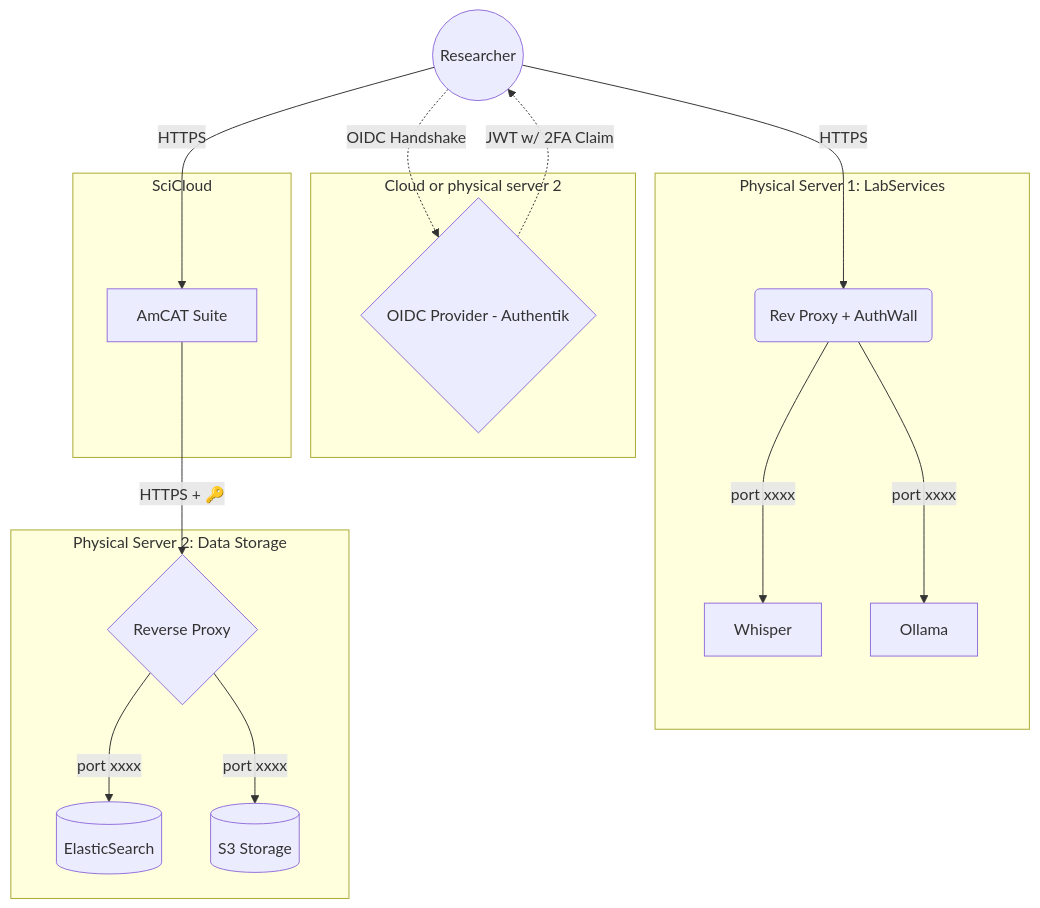
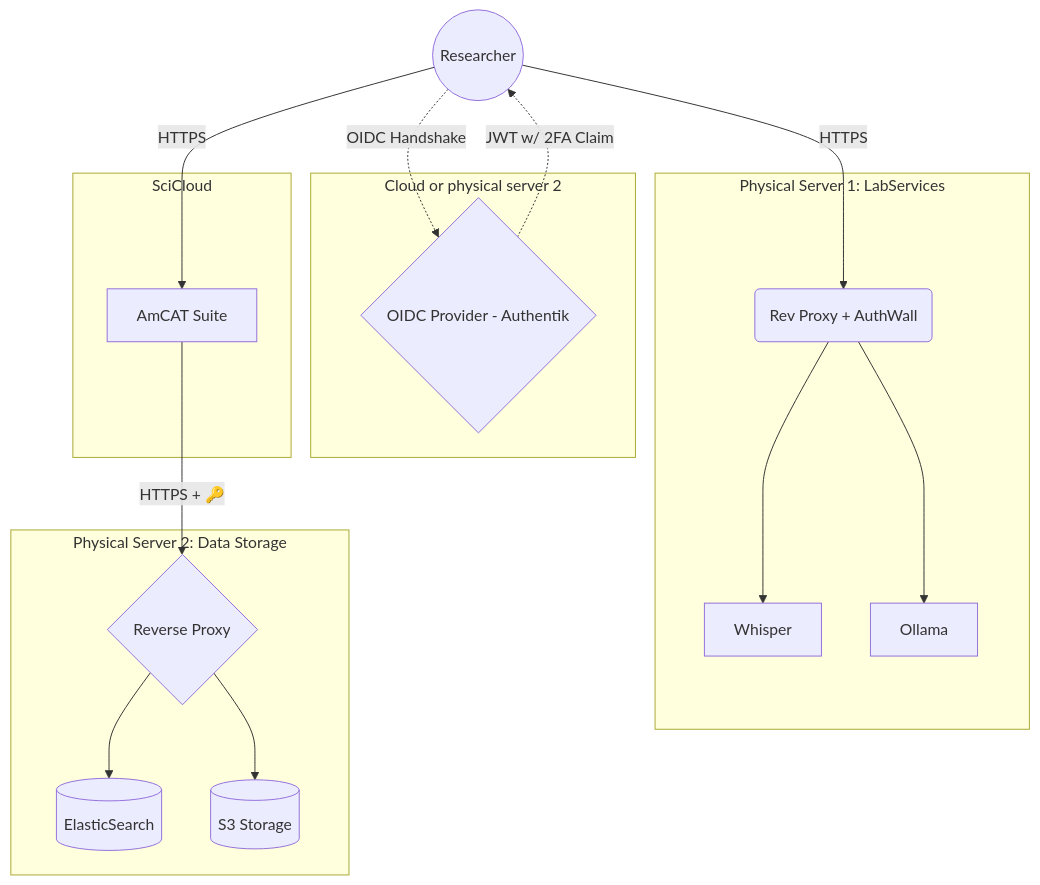
The diagram in docs/index.md (kasperwelbers/societal-analytics-lab-infra), drawn with Mermaid before and after one commit. The commit also changed other lines of this file and 6 other files, not shown here.

````diff
--- a/docs/index.md
+++ b/docs/index.md
@@ -10,43 +10,43 @@
 ```mermaid
 graph TD
     User((Researcher))
     
     %% Authentication
     subgraph Auth [Cloud or physical server 2]
         IdP{OIDC Provider - Authentik}
     end
     User -.->|OIDC Handshake| IdP
     IdP -.->|JWT w/ 2FA Claim| User
 
     %% SciCloud Environment
     subgraph SciCloud [SciCloud]
         AmCAT[AmCAT Suite]
     end
     
     %% Physical Server 1
     subgraph LabServices [Physical Server 1: LabServices]
         ProxyLab(Rev Proxy + AuthWall)
-        ProxyLab -->|port xxxx| Whisper
-        ProxyLab -->|port xxxx| Ollama
+        ProxyLab --> Whisper
+        ProxyLab --> Ollama
     end
 
     %% Physical Server 2
     subgraph Storage [Physical Server 2: Data Storage]
         ProxyStorage{Reverse Proxy}
         ES[(ElasticSearch)]
         S3[(S3 Storage)]
     end
     
 
     %% External Incoming Connections
     User -->|HTTPS| AmCAT
     User -->|HTTPS| ProxyLab
 
     %% Storage Routing (Internal via Proxy)
     AmCAT -->|HTTPS + 🔑| ProxyStorage
-    ProxyStorage -->|port xxxx| ES
-    ProxyStorage -->|port xxxx| S3
+    ProxyStorage --> ES
+    ProxyStorage --> S3
 
     %% Clickable Links
     click AmCAT "./amcat" "View AmCAT Technical Docs"
 ```
````
